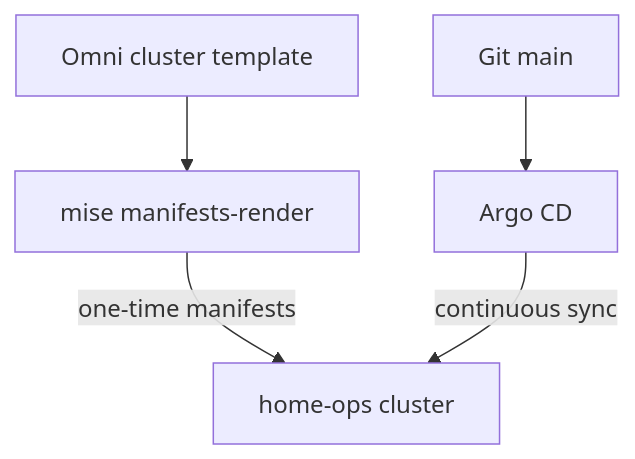
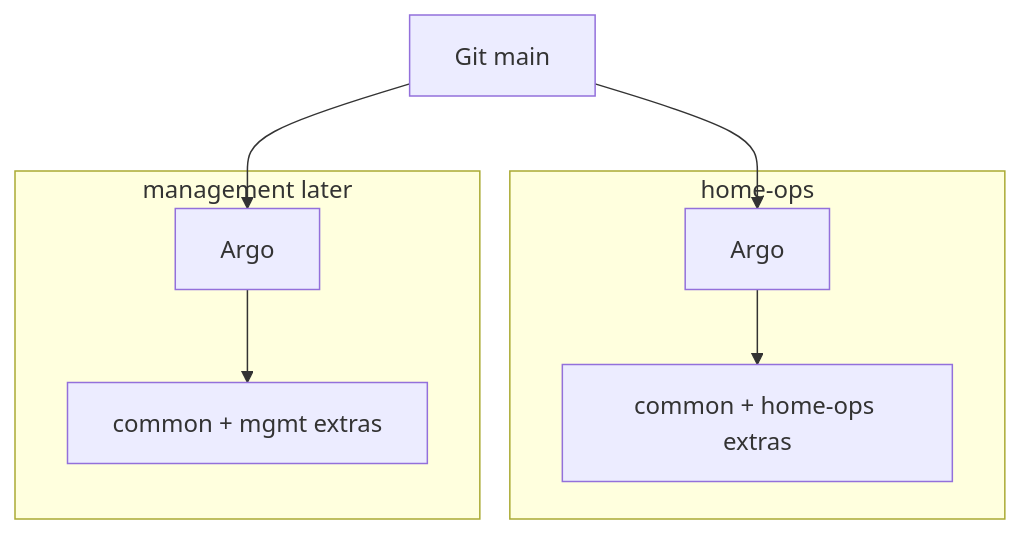
Before and after one commit to wouterbouvy/home-ops: the diagram in README.md, drawn with Mermaid. The commit also changed other lines of this file and 20 other files, not shown here.

First line of the commit message:
chore: P1 CI, multi-cluster Argo layout, and issuer sync-waves

````diff
--- a/README.md
+++ b/README.md
@@ -15,12 +26,16 @@
 ```mermaid
 flowchart TD
-  omni[Omni cluster template]
-  render[mise manifests-render]
-  cluster[home-ops cluster]
-  argo[Argo CD]
   git[Git main]
-  omni --> render
-  render -->|one-time manifests| cluster
-  git --> argo
-  argo -->|continuous sync| cluster
+  subgraph homeOps [home-ops]
+    argoHO[Argo]
+    appsHO[common + home-ops extras]
+    argoHO --> appsHO
+  end
+  subgraph mgmt [management later]
+    argoMgmt[Argo]
+    appsMgmt[common + mgmt extras]
+    argoMgmt --> appsMgmt
+  end
+  git --> argoHO
+  git --> argoMgmt
 ```
````
